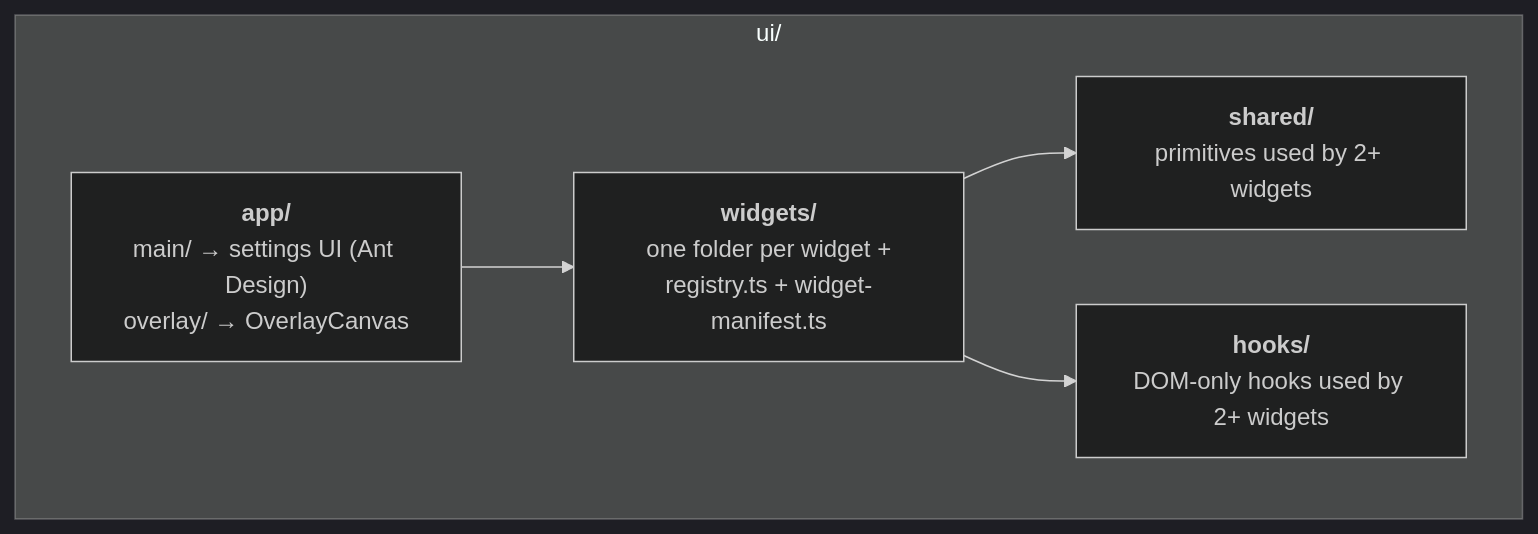
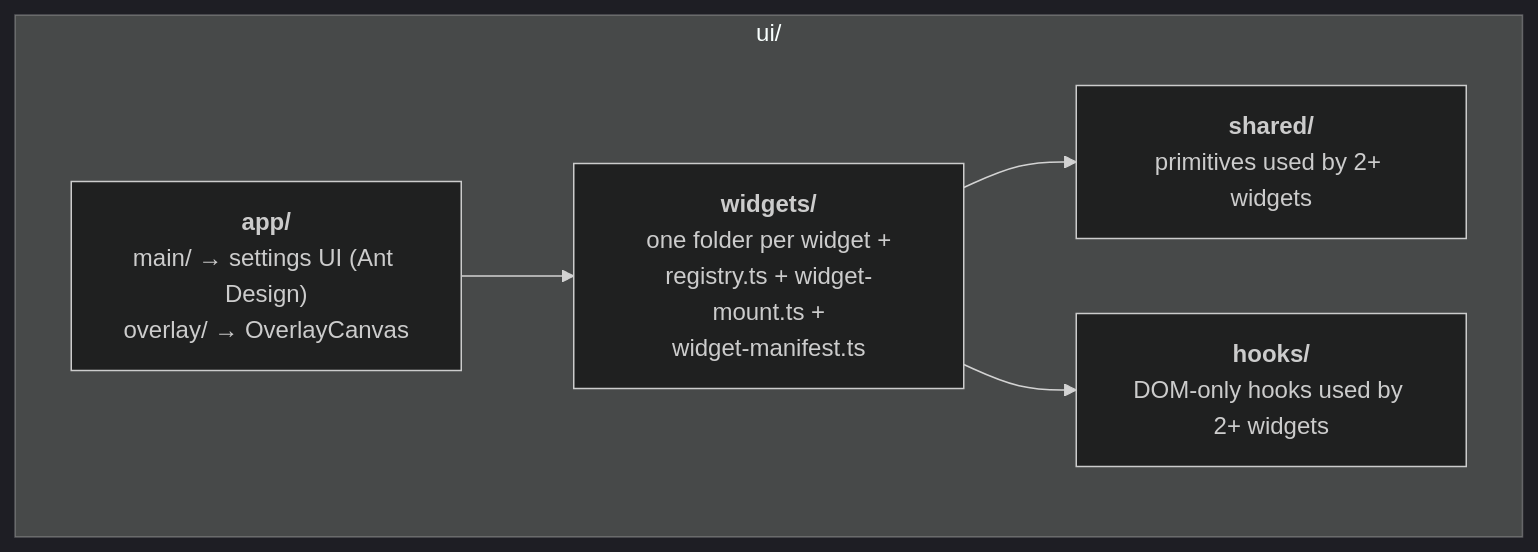
Diagram 13 of 24 in docs/architecture.md (mvoof/Marble-Trace), drawn with Mermaid (dark theme) before and after one commit. The commit also changed other lines of this file and 93 other files, not shown here.

````diff
--- a/docs/architecture.md
+++ b/docs/architecture.md
@@ -889,11 +890,11 @@
 ```mermaid
 flowchart TB
     subgraph UI["ui/"]
         APP["<b>app/</b><br/>main/ → settings UI (Ant Design)<br/>overlay/ → OverlayCanvas"]
-        WIDGETS["<b>widgets/</b><br/>one folder per widget +<br/>registry.ts + widget-manifest.ts"]
+        WIDGETS["<b>widgets/</b><br/>one folder per widget +<br/>registry.ts + widget-mount.ts +<br/>widget-manifest.ts"]
         SHARED["<b>shared/</b><br/>primitives used by 2+ widgets"]
         HOOKS["<b>hooks/</b><br/>DOM-only hooks used by 2+ widgets"]
     end
     APP --> WIDGETS --> SHARED
     WIDGETS --> HOOKS
 ```
````
